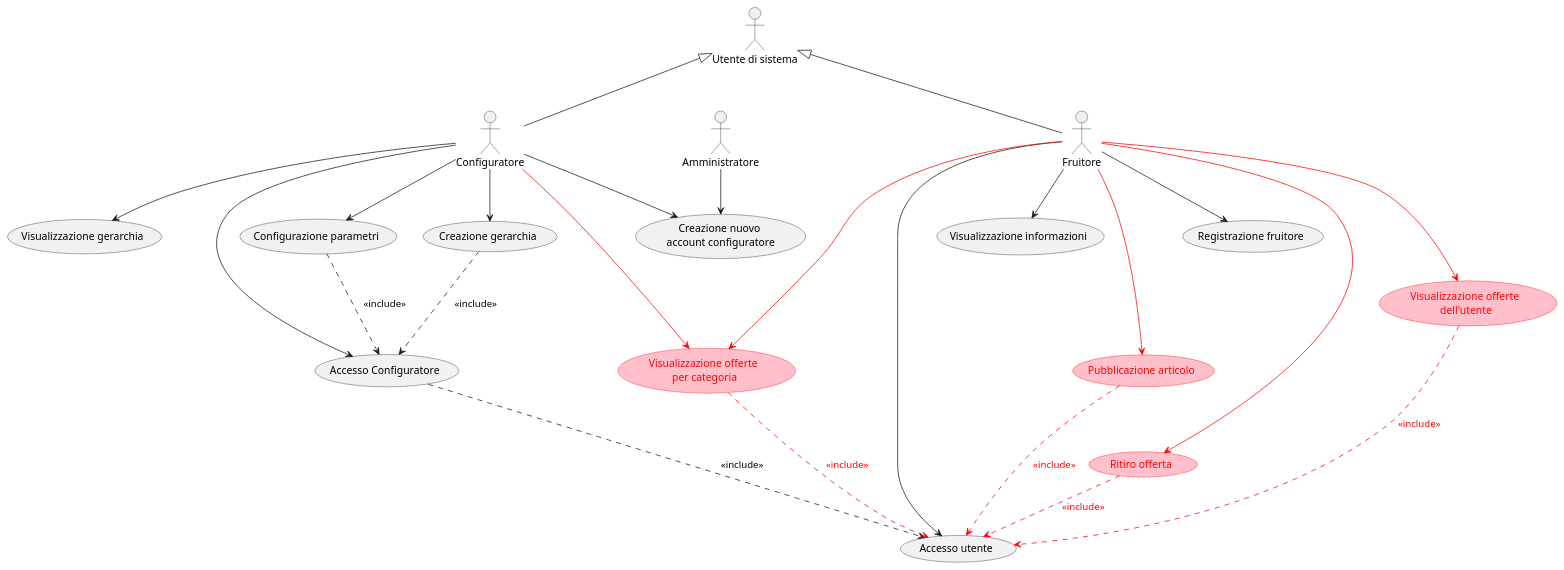
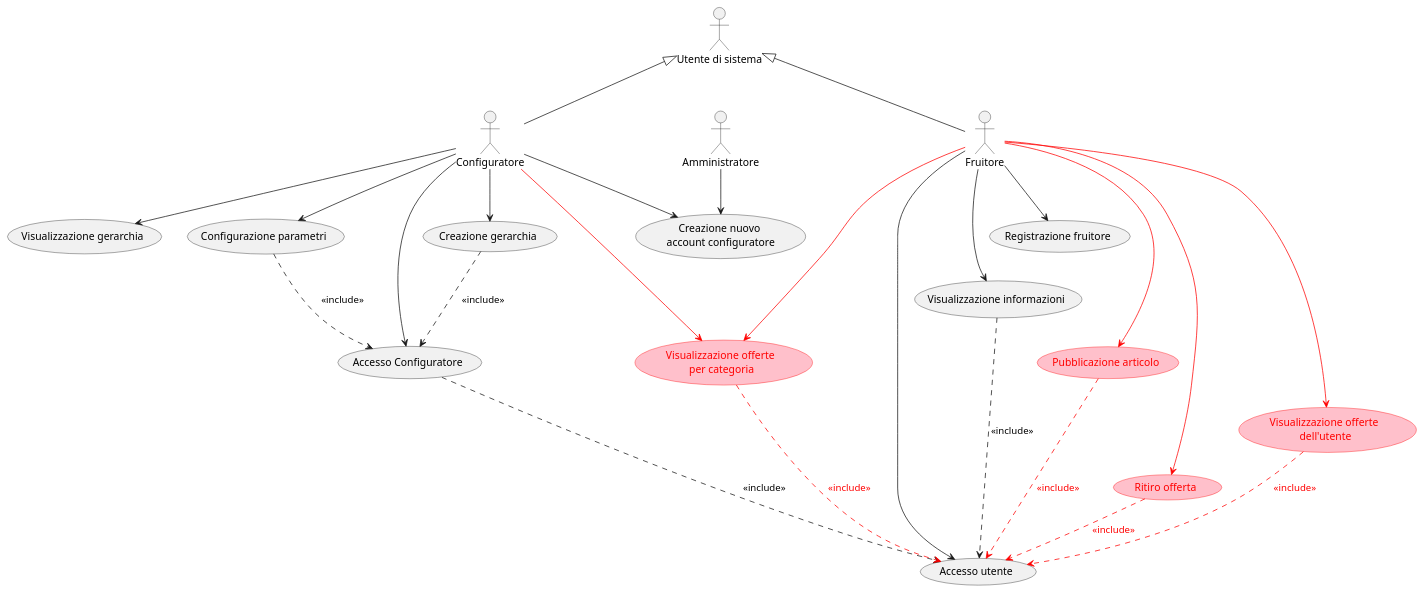
The diagram in DOC/VER3/diagrams/use_case/version_3.puml (Matlice/ing_sw_2022), drawn with PlantUML before and after one commit. The commit also changed 2 other files, not shown here.

Commit message:
Aggiunta include

```diff
--- a/DOC/VER3/diagrams/use_case/version_3.puml
+++ b/DOC/VER3/diagrams/use_case/version_3.puml
@@ -1,54 +1,55 @@
 @startuml
 
 :Utente di sistema: as user
 :Configuratore: as conf
 :Amministratore: as adm
 
 conf -up-|> user
 conf --> (Accesso Configuratore)
 conf --> (Creazione gerarchia)
 
 adm --> (Creazione nuovo \naccount configuratore)
 conf --> (Creazione nuovo \naccount configuratore)
 conf --> (Visualizzazione gerarchia)
 
 (Accesso Configuratore) ..> (Accesso utente): <<include>>
 (Creazione gerarchia) ..> (Accesso Configuratore): <<include>>
 
 :Fruitore: as fruit
 
 fruit -up-|> user
 
 (Configurazione parametri)
 (Registrazione fruitore)
 
 conf --> (Configurazione parametri)
 fruit --> (Visualizzazione informazioni)
 fruit --> (Registrazione fruitore)
 fruit --> (Accesso utente)
 (Configurazione parametri) ..> (Accesso Configuratore) : <<include>>
 
+(Visualizzazione informazioni) ..> (Accesso utente) : <<include>>
 
 'VERSIONE 3 ==========================================
 
 (Pubblicazione articolo) #pink;line:red;text:red
 (Ritiro offerta) #pink;line:red;text:red
 (Visualizzazione offerte \nper categoria) #pink;line:red;text:red
 (Visualizzazione offerte \ndell'utente) #pink;line:red;text:red
 
 fruit --> (Pubblicazione articolo) #red;text:red
 fruit --> (Ritiro offerta) #red;text:red
 fruit --> (Visualizzazione offerte \nper categoria) #red;text:red
 conf --> (Visualizzazione offerte \nper categoria) #red;text:red
 fruit --> (Visualizzazione offerte \ndell'utente) #red;text:red
 
 (Creazione gerarchia) -[hidden]- (Visualizzazione offerte \nper categoria)
 (Registrazione fruitore) -[hidden]- (Pubblicazione articolo)
 (Pubblicazione articolo) -[hidden]- (Ritiro offerta)
 
 (Visualizzazione offerte \ndell'utente) ..> (Accesso utente) #red;text:red : <<include>>
 (Visualizzazione offerte \nper categoria) ..> (Accesso utente) #red;text:red : <<include>>
 (Ritiro offerta) ..> (Accesso utente) #red;text:red : <<include>>
 (Pubblicazione articolo)  ..> (Accesso utente) #red;text:red : <<include>>
 
 @enduml
```
